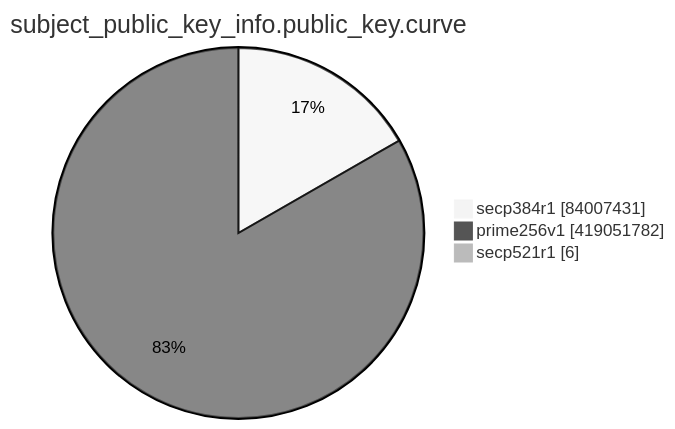
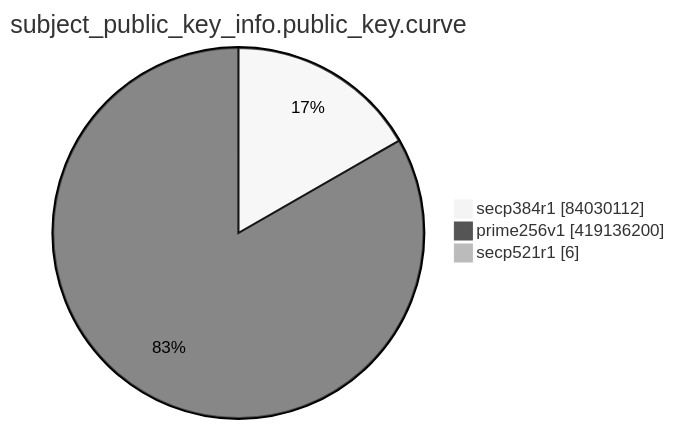
The eighth of 15 diagrams in TOTAL/README.md (christiankrug/ctmonitor_visualization), drawn with Mermaid (neutral theme) before and after one commit. The commit also changed other lines of this file, not shown here.

````diff
--- a/TOTAL/README.md
+++ b/TOTAL/README.md
@@ -3099,7 +3099,7 @@
 ```mermaid
 pie showData
 title subject_public_key_info.public_key.curve
-"secp384r1" :84007431
-"prime256v1" :419051782
+"secp384r1" :84030112
+"prime256v1" :419136200
 "secp521r1" :6
 ```
````
